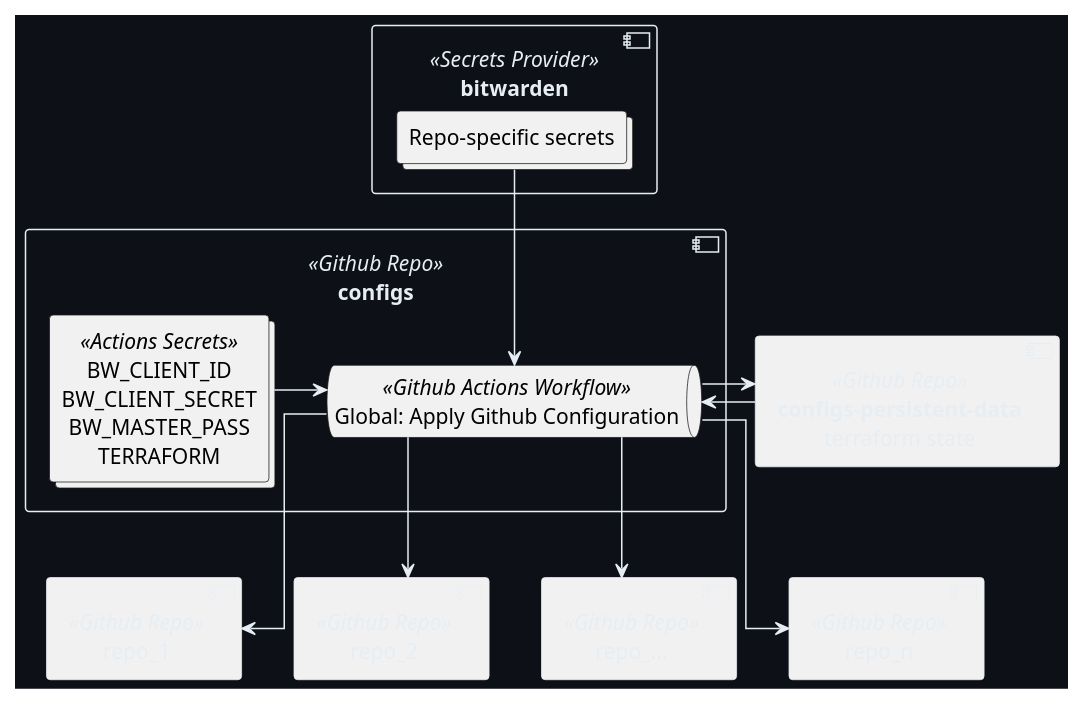
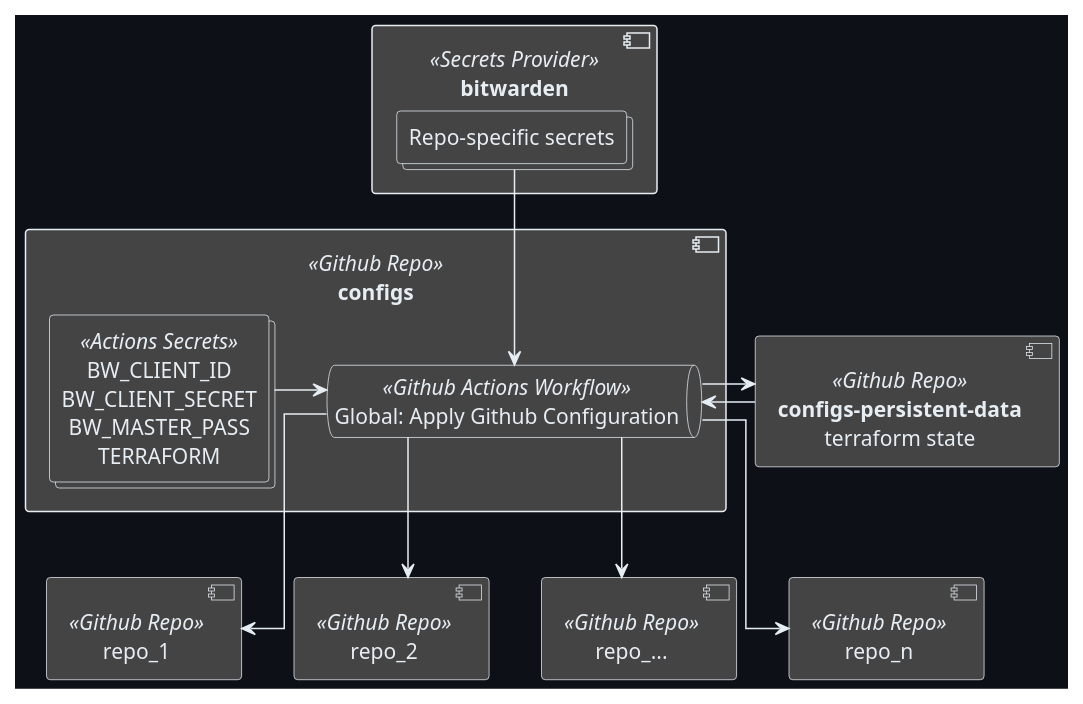
The diagram in docs/modules/ROOT/pages/github/config.adoc (sommerfeld-io-archive/configs), drawn with PlantUML before and after one commit. The commit also changed 1 other file, not shown here.

Commit message:
changed plantuml styles

```diff
--- a/docs/modules/ROOT/pages/github/config.adoc
+++ b/docs/modules/ROOT/pages/github/config.adoc
@@ -18,67 +18,74 @@
 [plantuml, puml-build-image, svg]
 ----
 @startuml
 
 skinparam linetype ortho
 skinparam monochrome false
 skinparam componentStyle uml2
 skinparam backgroundColor #0D1117
 skinparam ArrowColor #e6edf3
 skinparam NoteBorderColor #e6edf3
 skinparam NoteFontColor #e6edf3
 skinparam NoteBackgroundColor transparent
+skinparam ComponentBackgroundColor #444
 skinparam ComponentBorderColor #e6edf3
 skinparam ComponentFontColor #e6edf3
 skinparam DatabaseBorderColor #e6edf3
 skinparam DatabaseBackgroundColor #444
 skinparam DatabaseFontColor #e6edf3
 skinparam FileBorderColor #e6edf3
 skinparam FileFontColor #e6edf3
 skinparam ControlBorderColor #e6edf3
 skinparam ControlFontColor #e6edf3
 skinparam RectangleBackgroundColor transparent
 skinparam RectangleBorderColor #e6edf3
 skinparam RectangleFontColor #e6edf3
 skinparam ControlBackgroundColor transparent
 skinparam ControlBorderColor #e6edf3
 skinparam ControlFontColor #e6edf3
 skinparam HexagonBackgroundColor transparent
 skinparam HexagonBorderColor #e6edf3
 skinparam HexagonFontColor #e6edf3
 skinparam ArtifactBackgroundColor #444
 skinparam ArtifactBorderColor #e6edf3
 skinparam ArtifactFontColor #e6edf3
+skinparam CollectionsBackgroundColor #444
+skinparam CollectionsBorderColor #e6edf3
+skinparam CollectionsFontColor #e6edf3
+skinparam QueueBackgroundColor #444
+skinparam QueueBorderColor #e6edf3
+skinparam QueueFontColor #e6edf3
 skinparam defaultTextAlignment center
 skinparam activity {
-FontName Ubuntu
+  FontName Ubuntu
 }
 
 component configs <<Github Repo>> {
   queue wf as "Global: Apply Github Configuration" <<Github Actions Workflow>>
   collections s1 as "BW_CLIENT_ID\nBW_CLIENT_SECRET\nBW_MASTER_PASS\nTERRAFORM" <<Actions Secrets>>
   
   s1 -right-> wf
 }
 
 component bitwarden <<Secrets Provider>> {
   collections s2 as "Repo-specific secrets"
 }
 
 s2 -down-> wf
 
 component repo_1 <<Github Repo>>
 component repo_2 <<Github Repo>>
 component repo_x as "repo_..." <<Github Repo>>
 component repo_n <<Github Repo>>
 
 wf -down-> repo_1
 wf -down-> repo_2
 wf -down-> repo_x
 wf -down-> repo_n
 
 component tf_state as "<b>configs-persistent-data</b>\nterraform state" <<Github Repo>>
 wf -> tf_state
 tf_state -> wf
 
 @enduml
 ----
```
